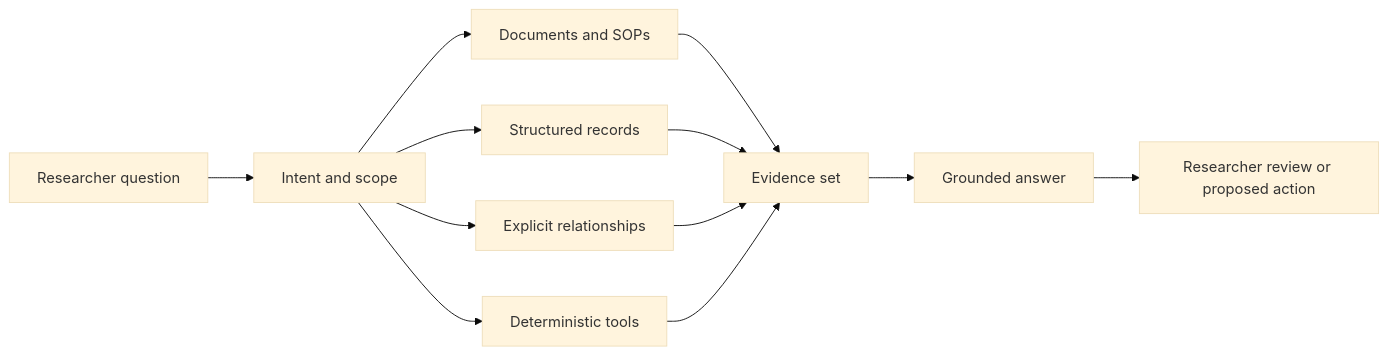
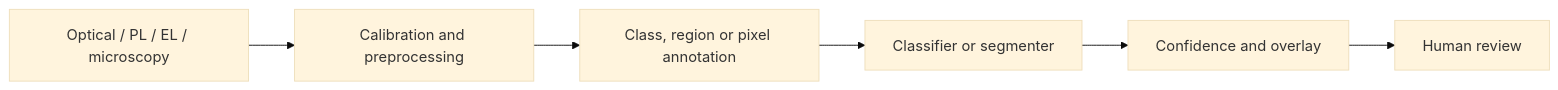
Before and after one commit to matginesi/LabFlow: the second of 2 diagrams in docs/AI_ML_FOUNDATION.md, drawn with Mermaid (base theme). The commit also changed other lines of this file and 20 other files, not shown here.

````diff
--- a/docs/AI_ML_FOUNDATION.md
+++ b/docs/AI_ML_FOUNDATION.md
@@ -63,14 +143,8 @@
 ```mermaid
 flowchart LR
-  Q[Researcher question] --> R[Intent and scope]
-  R --> D[Documents and SOPs]
-  R --> S[Structured records]
-  R --> G[Explicit relationships]
-  R --> T[Deterministic tools]
-  D --> E[Evidence set]
-  S --> E
-  G --> E
-  T --> E
-  E --> A[Grounded answer]
-  A --> H[Researcher review or proposed action]
+  A[Optical / PL / EL / microscopy] --> B[Calibration and preprocessing]
+  B --> C[Class, region or pixel annotation]
+  C --> D[Classifier or segmenter]
+  D --> E[Confidence and overlay]
+  E --> F[Human review]
 ```
````
